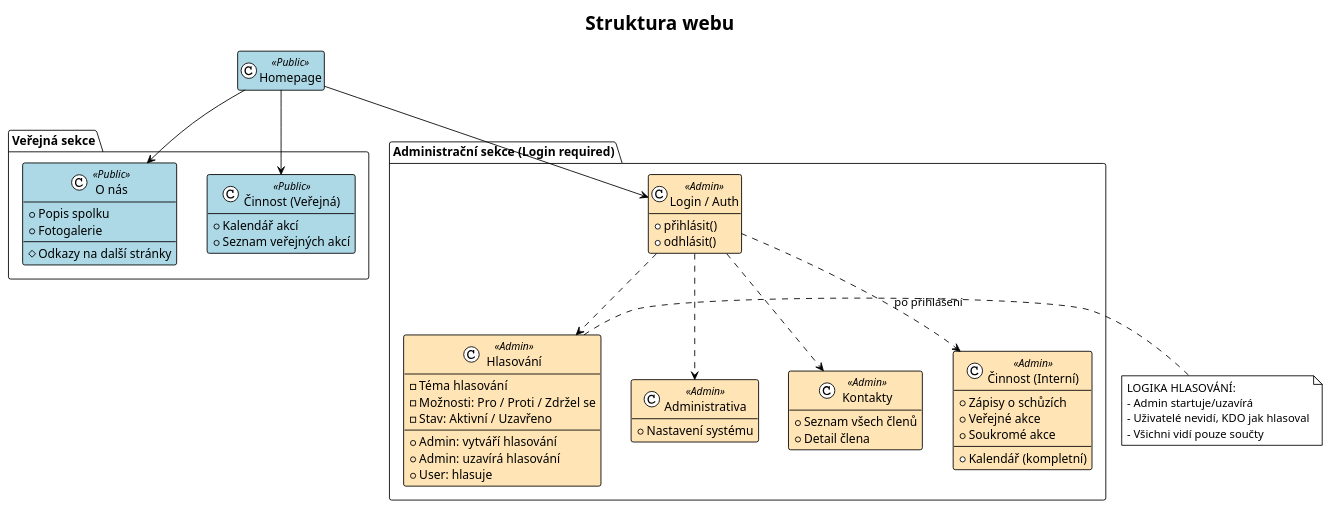
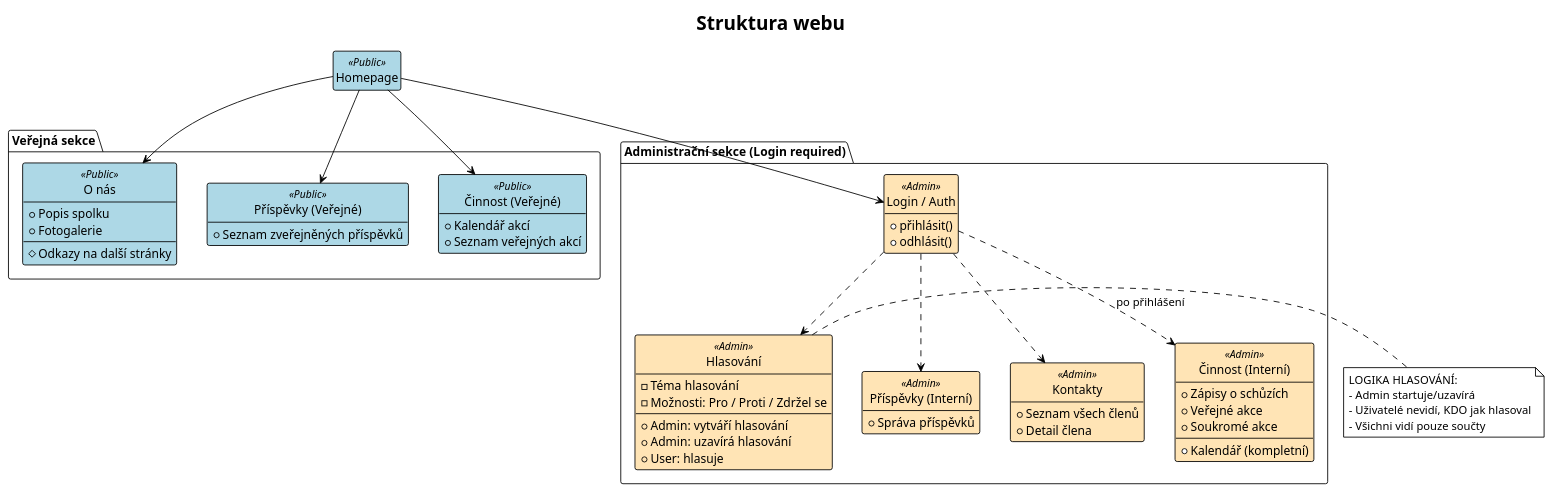
Before and after one commit to jacky32/slovjani: the diagram in docs/diagrams/sitemap.plantuml, drawn with PlantUML. The commit also changed 3 other files, not shown here.

Commit message:
diagrams

```diff
--- a/docs/diagrams/sitemap.plantuml
+++ b/docs/diagrams/sitemap.plantuml
@@ -1,84 +1,89 @@
 @startuml "Sitemap Diagram"
 !theme plain
 hide empty members
+hide circles
 
 ' Definice stylů pro přehlednost
 skinparam class {
     BackgroundColor<<Public>> LightBlue
     BackgroundColor<<Admin>> Moccasin
     BorderColor Black
 }
 
 title Struktura webu
 
 ' Hlavní rozcestník
 class "Homepage" as Home <<Public>>
 
 ' --- VEŘEJNÁ SEKCE ---
 package "Veřejná sekce" {
     class "O nás" as Onas <<Public>> {
         + Popis spolku
         + Fotogalerie
         --
         # Odkazy na další stránky
     }
 
-    class "Činnost (Veřejná)" as CinnostPub <<Public>> {
+    class "Příspěvky (Veřejné)" as PostsPub <<Public>> {
+        + Seznam zveřejněných příspěvků
+    }
+
+    class "Činnost (Veřejné)" as CinnostPub <<Public>> {
         + Kalendář akcí
         + Seznam veřejných akcí
     }
 }
 
 ' --- ADMINISTRAČNÍ SEKCE ---
 package "Administrační sekce (Login required)" {
     class "Login / Auth" as Login <<Admin>> {
         + přihlásit()
         + odhlásit()
     }
 
-    class "Administrativa" as AdminPage <<Admin>> {
-        + Nastavení systému
+    class "Příspěvky (Interní)" as AdminPostsPage <<Admin>> {
+        + Správa příspěvků
     }
 
     class "Kontakty" as Kontakty <<Admin>> {
         + Seznam všech členů
         + Detail člena
     }
 
     class "Činnost (Interní)" as CinnostPriv <<Admin>> {
         + Zápisy o schůzích
         + Kalendář (kompletní)
         + Veřejné akce
         + Soukromé akce
     }
 
     class "Hlasování" as Hlasovani <<Admin>> {
         - Téma hlasování
         - Možnosti: Pro / Proti / Zdržel se
-        - Stav: Aktivní / Uzavřeno
         --
         + Admin: vytváří hlasování
         + Admin: uzavírá hlasování
         + User: hlasuje
     }
 }
 
 ' Vztahy a navigace
 Home --> Onas
+Home --> PostsPub
 Home --> CinnostPub
 Home --> Login
 
 Login ..> CinnostPriv : po přihlášení
 Login ..> Hlasovani
 Login ..> Kontakty
-Login ..> AdminPage
+Login ..> AdminPostsPage
 
 ' Poznámky pro vysvětlení logiky
 note right of Hlasovani
   LOGIKA HLASOVÁNÍ:
   - Admin startuje/uzavírá
   - Uživatelé nevidí, KDO jak hlasoval
   - Všichni vidí pouze součty
 end note
 
 @enduml
```
